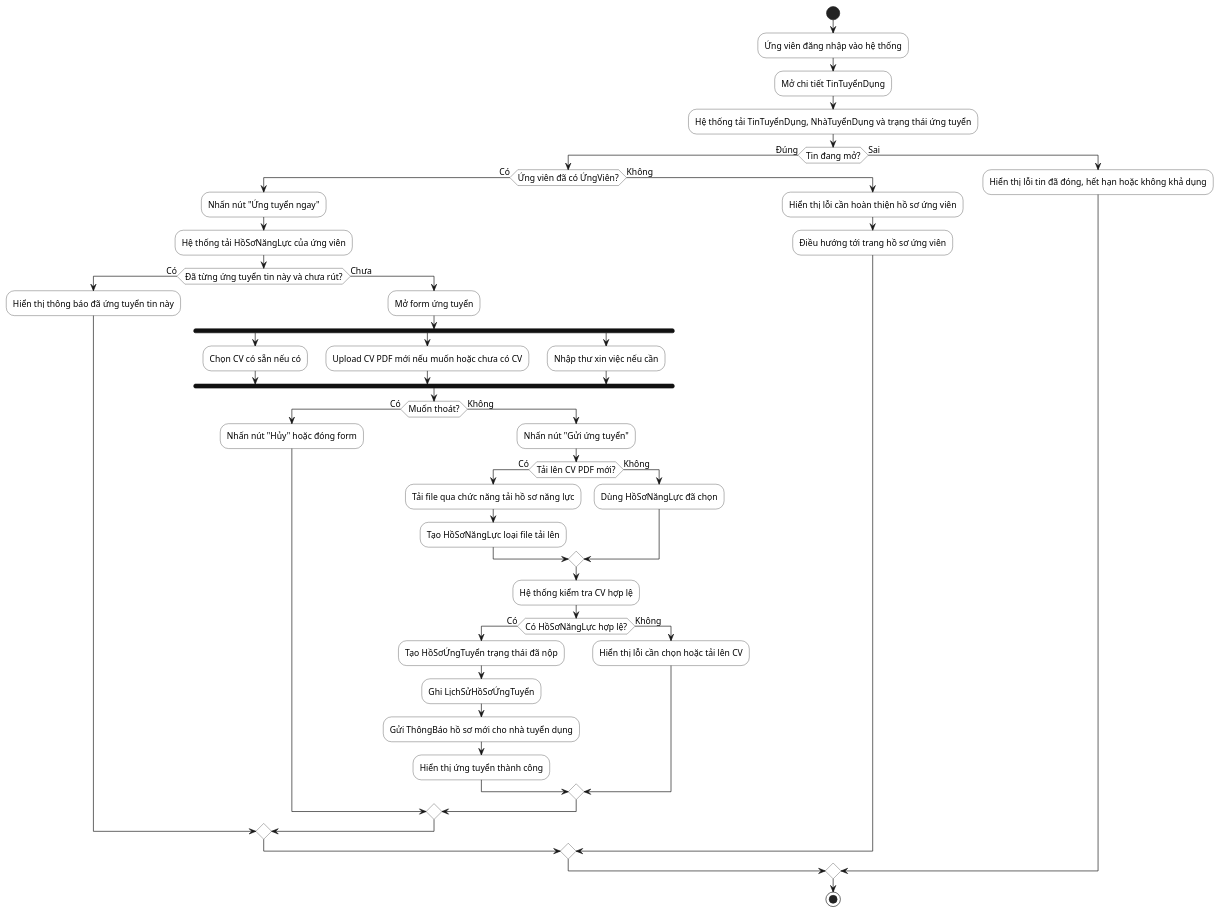
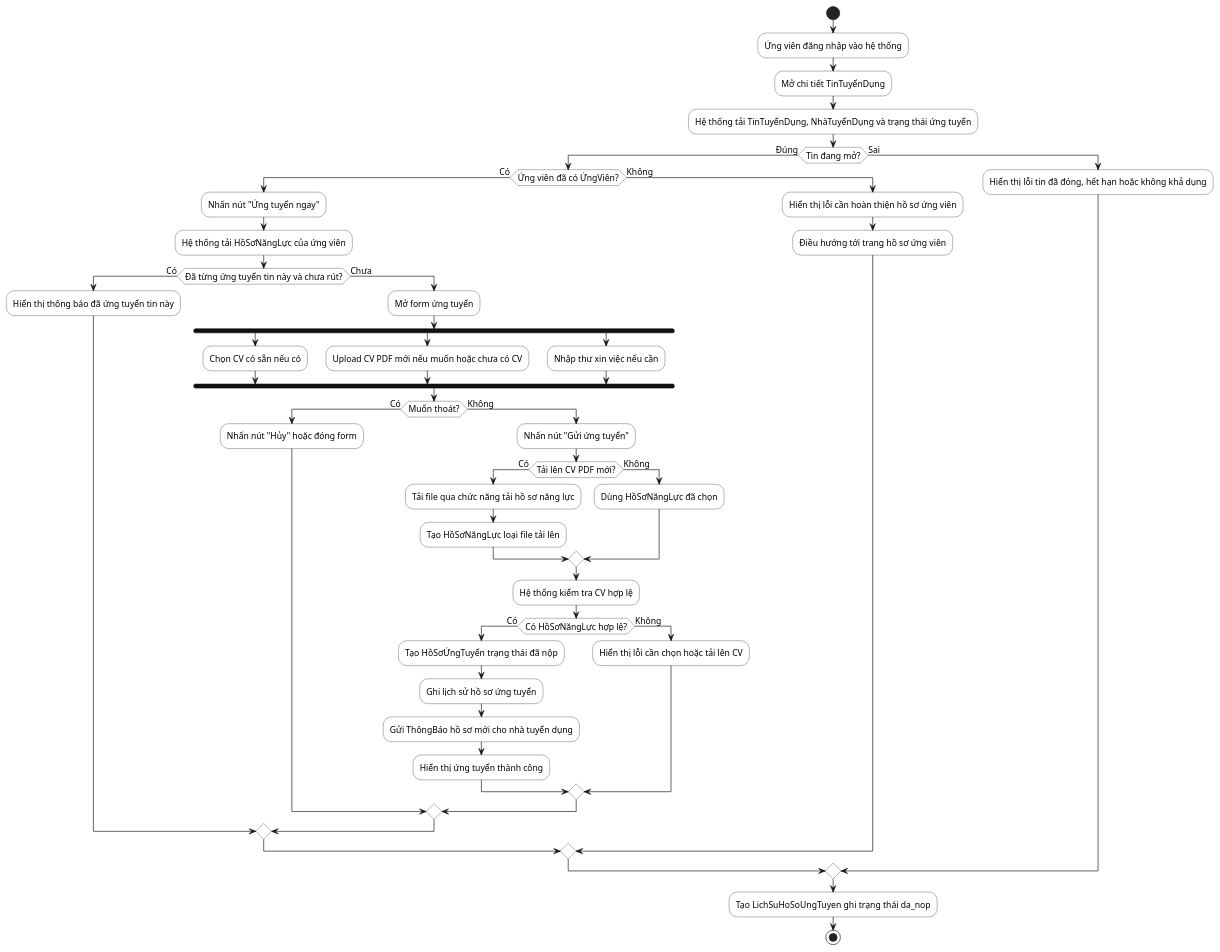
The diagram in docs/so-do/02-activity/10-activity-ung-tuyen-tin-tuyen-dung.puml (hole-six/DoAn), drawn with PlantUML before and after one commit. The commit also changed 66 other files, not shown here.

```diff
--- a/docs/so-do/02-activity/10-activity-ung-tuyen-tin-tuyen-dung.puml
+++ b/docs/so-do/02-activity/10-activity-ung-tuyen-tin-tuyen-dung.puml
@@ -1,61 +1,62 @@
 @startuml
 skinparam defaultFontName "Segoe UI"
 skinparam defaultFontSize 13
 skinparam shadowing false
 skinparam linetype ortho
 skinparam activity {
   BackgroundColor White
   BorderColor #222222
   DiamondBackgroundColor White
   DiamondBorderColor #222222
   BarColor #111111
 }
 start
 :Ứng viên đăng nhập vào hệ thống;
 :Mở chi tiết TinTuyểnDụng;
 :Hệ thống tải TinTuyểnDụng, NhàTuyểnDụng và trạng thái ứng tuyển;
 if (Tin đang mở?) then (Đúng)
   if (Ứng viên đã có ỨngViên?) then (Có)
     :Nhấn nút "Ứng tuyển ngay";
     :Hệ thống tải HồSơNăngLực của ứng viên;
     if (Đã từng ứng tuyển tin này và chưa rút?) then (Có)
       :Hiển thị thông báo đã ứng tuyển tin này;
     else (Chưa)
       :Mở form ứng tuyển;
       fork
         :Chọn CV có sẵn nếu có;
       fork again
         :Upload CV PDF mới nếu muốn hoặc chưa có CV;
       fork again
         :Nhập thư xin việc nếu cần;
       end fork
       if (Muốn thoát?) then (Có)
         :Nhấn nút "Hủy" hoặc đóng form;
       else (Không)
         :Nhấn nút "Gửi ứng tuyển";
         if (Tải lên CV PDF mới?) then (Có)
           :Tải file qua chức năng tải hồ sơ năng lực;
           :Tạo HồSơNăngLực loại file tải lên;
         else (Không)
           :Dùng HồSơNăngLực đã chọn;
         endif
         :Hệ thống kiểm tra CV hợp lệ;
         if (Có HồSơNăngLực hợp lệ?) then (Có)
           :Tạo HồSơỨngTuyển trạng thái đã nộp;
-          :Ghi LịchSửHồSơỨngTuyển;
+          :Ghi lịch sử hồ sơ ứng tuyển;
           :Gửi ThôngBáo hồ sơ mới cho nhà tuyển dụng;
           :Hiển thị ứng tuyển thành công;
         else (Không)
           :Hiển thị lỗi cần chọn hoặc tải lên CV;
         endif
       endif
     endif
   else (Không)
     :Hiển thị lỗi cần hoàn thiện hồ sơ ứng viên;
     :Điều hướng tới trang hồ sơ ứng viên;
   endif
 else (Sai)
   :Hiển thị lỗi tin đã đóng, hết hạn hoặc không khả dụng;
 endif
+:Tạo LichSuHoSoUngTuyen ghi trạng thái da_nop;
 stop
 @enduml
```
